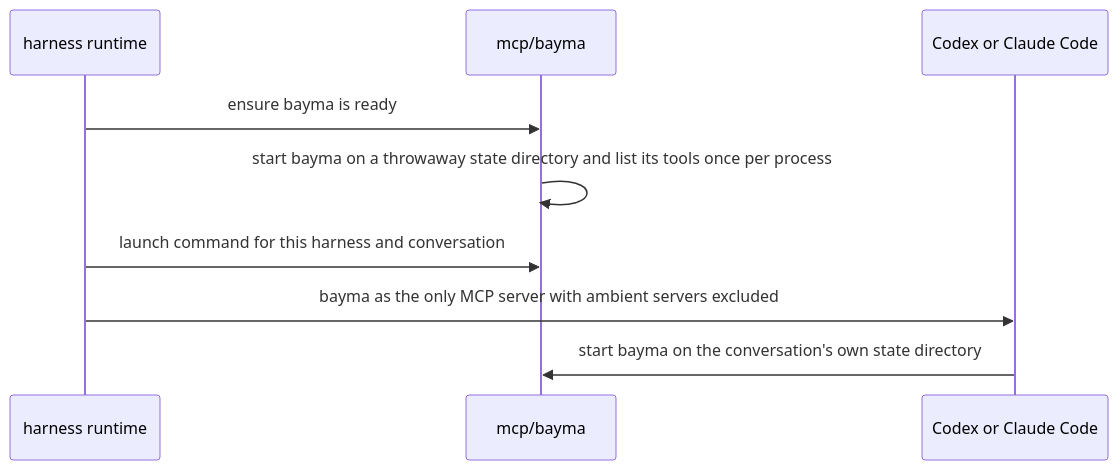
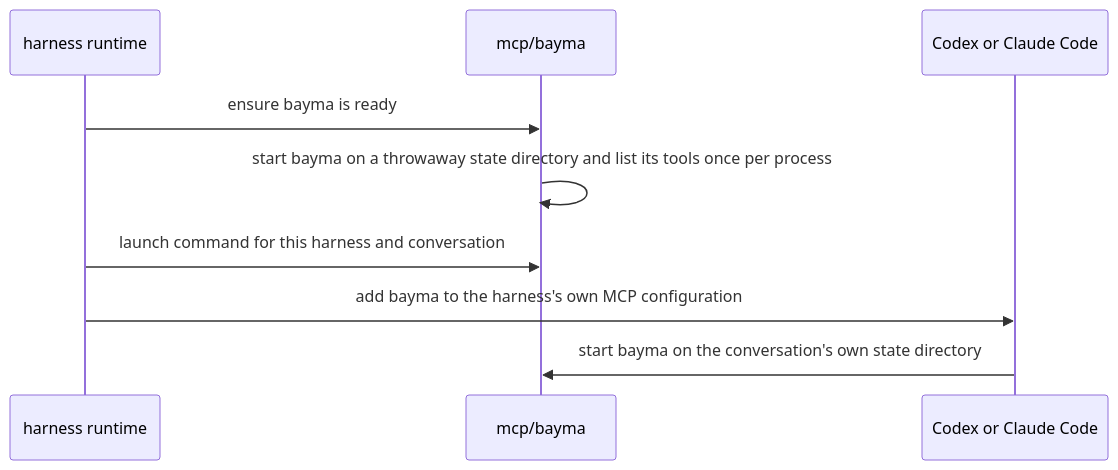
Before and after one commit to eaucoin/alasio: the second of 3 diagrams in src/mcp/README.md, drawn with Mermaid. The commit also changed other lines of this file and 14 other files, not shown here.

First line of the commit message:
Load each harness's own MCP servers alongside bayma

````diff
--- a/src/mcp/README.md
+++ b/src/mcp/README.md
@@ -17,11 +18,11 @@
 ```mermaid
 sequenceDiagram
   participant Runtime as harness runtime
   participant Bayma as mcp/bayma
   participant Harness as Codex or Claude Code
   Runtime->>Bayma: ensure bayma is ready
   Bayma->>Bayma: start bayma on a throwaway state directory and list its tools once per process
   Runtime->>Bayma: launch command for this harness and conversation
-  Runtime->>Harness: bayma as the only MCP server with ambient servers excluded
+  Runtime->>Harness: add bayma to the harness's own MCP configuration
   Harness->>Bayma: start bayma on the conversation's own state directory
 ```
````
